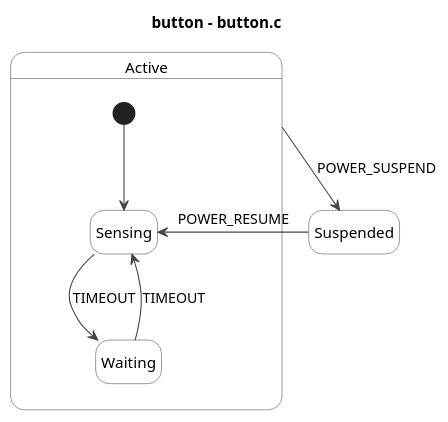
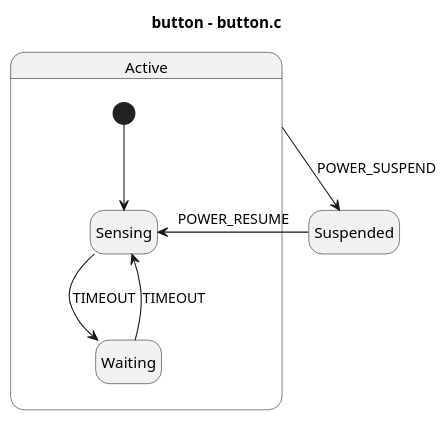
One commit to AhmedKishki/agent-skills changed the first of 2 diagrams in skills/active-objects/references/diagrams.md. Above: the diagram before and after it, drawn with PlantUML. The commit also changed other lines of this file, not shown here.

First line of the commit message:
feat(active-objects): draw every state and event, with a two-line monochrome style

````diff
--- a/skills/active-objects/references/diagrams.md
+++ b/skills/active-objects/references/diagrams.md
@@ -54,22 +57,17 @@
 ```plantuml
 @startuml
 ' button (button.c) as the code behaves.
+hide empty description
+skinparam monochrome true
 title button - button.c
-hide empty description
-skinparam shadowing false
-skinparam state {
-  BackgroundColor White
-  BorderColor #444444
-  ArrowColor #444444
-}
 
 state Active {
   [*] --> Sensing
   Sensing --> Waiting : TIMEOUT
   Waiting --> Sensing : TIMEOUT
 }
 
 Active --> Suspended : POWER_SUSPEND
 Suspended --> Sensing : POWER_RESUME
 @enduml
 ```
````
